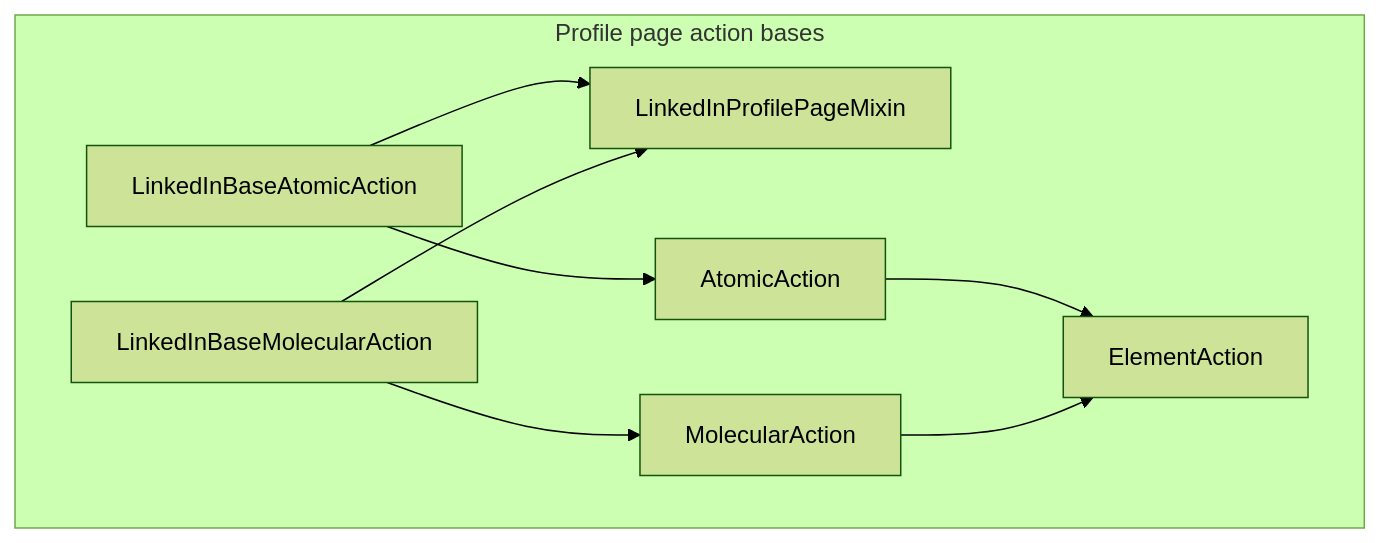
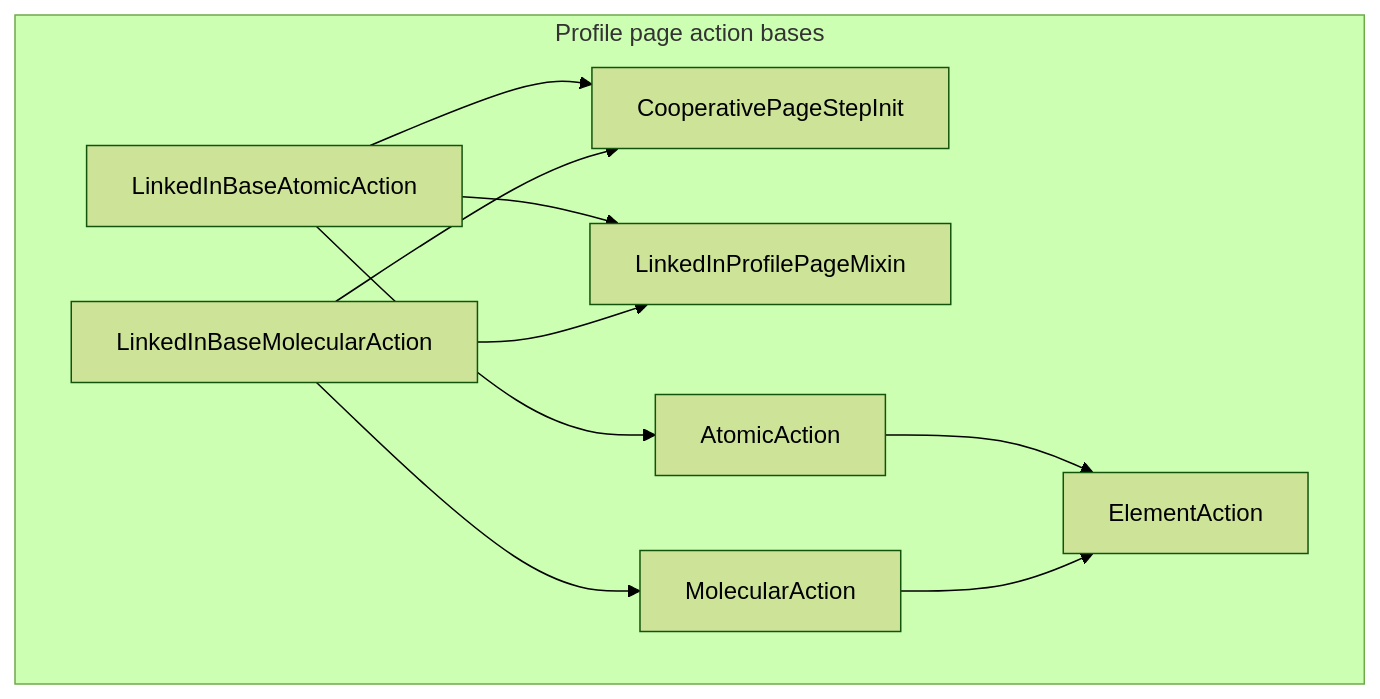
The second of 2 diagrams in CoreArchitecture.md (Roshan-yadav-evil-genius/Linkedin-MCP-Server), drawn with Mermaid (forest theme) before and after one commit. The commit also changed other lines of this file and 6 other files, not shown here.

````diff
--- a/CoreArchitecture.md
+++ b/CoreArchitecture.md
@@ -143,17 +143,20 @@
 ```mermaid
 flowchart TB
     subgraph bases [Profile page action bases]
+        Coop[CooperativePageStepInit]
         M[LinkedInProfilePageMixin]
         BA[LinkedInBaseAtomicAction]
         BM[LinkedInBaseMolecularAction]
         E[ElementAction]
         A[AtomicAction]
         Mol[MolecularAction]
     end
+    BA --> Coop
     BA --> M
     BA --> A
     A --> E
+    BM --> Coop
     BM --> M
     BM --> Mol
     Mol --> E
 ```
````
